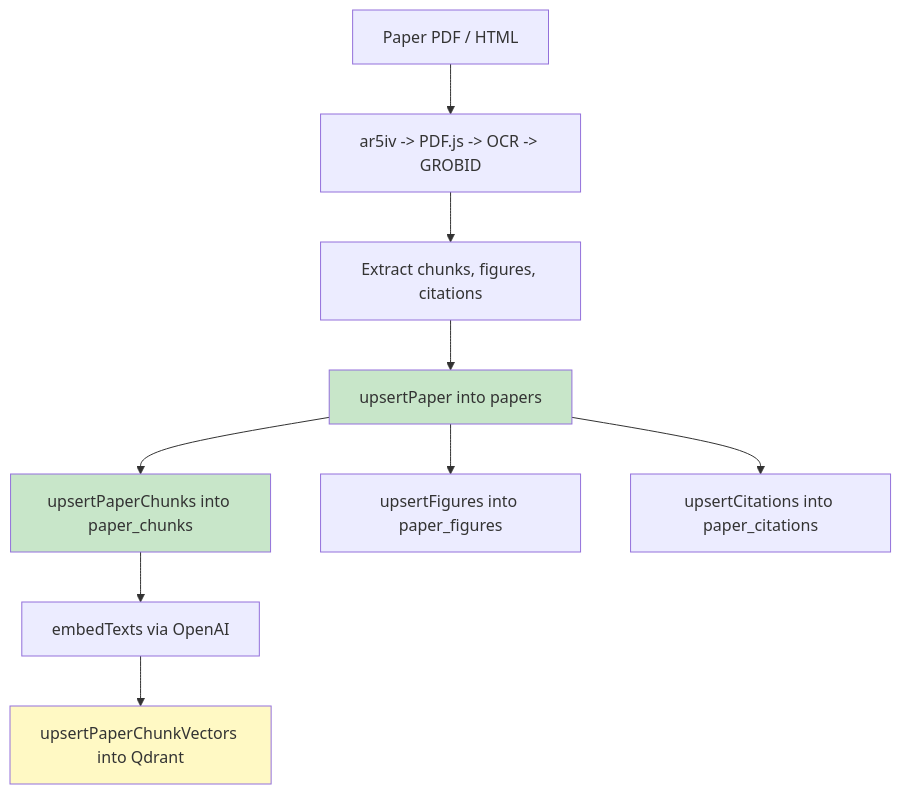
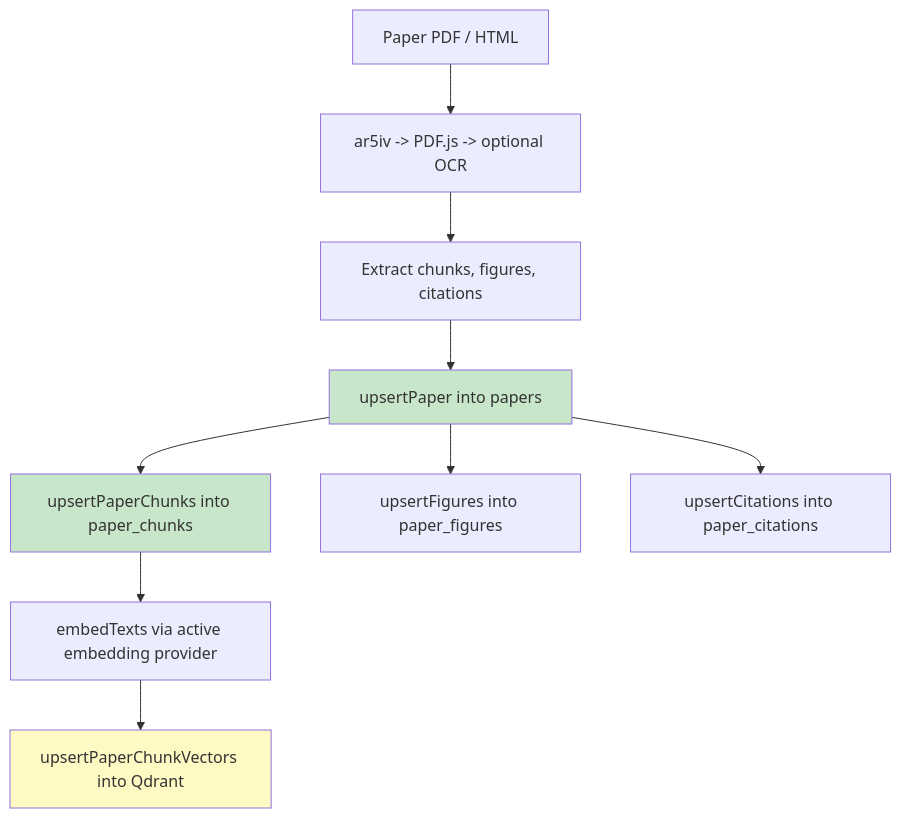
One commit to berdyh/readable changed the second of 3 diagrams in docs/database-structure.md. Above: the diagram before and after it, drawn with Mermaid. The commit also changed other lines of this file and 5 other files, not shown here.

````diff
--- a/docs/database-structure.md
+++ b/docs/database-structure.md
@@ -228,15 +266,15 @@
 ```mermaid
 flowchart TD
-    A[Paper PDF / HTML] --> B[ar5iv -> PDF.js -> OCR -> GROBID]
+    A[Paper PDF / HTML] --> B[ar5iv -> PDF.js -> optional OCR]
     B --> C[Extract chunks, figures, citations]
     C --> D[upsertPaper into papers]
     D --> E[upsertPaperChunks into paper_chunks]
     D --> F[upsertFigures into paper_figures]
     D --> G[upsertCitations into paper_citations]
-    E --> H[embedTexts via OpenAI]
+    E --> H[embedTexts via active embedding provider]
     H --> I[upsertPaperChunkVectors into Qdrant]
 
     style D fill:#c8e6c9
     style E fill:#c8e6c9
     style I fill:#fff9c4
 ```
````
